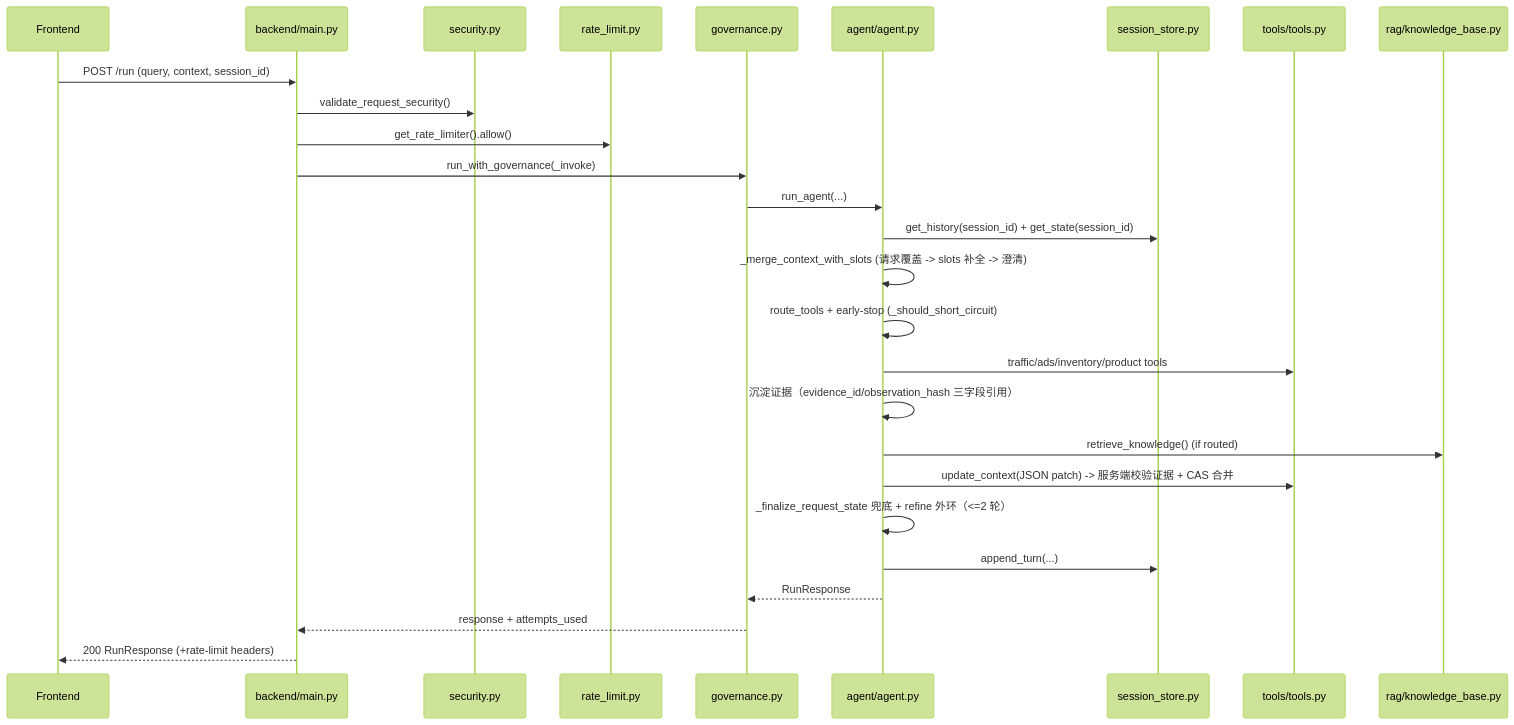
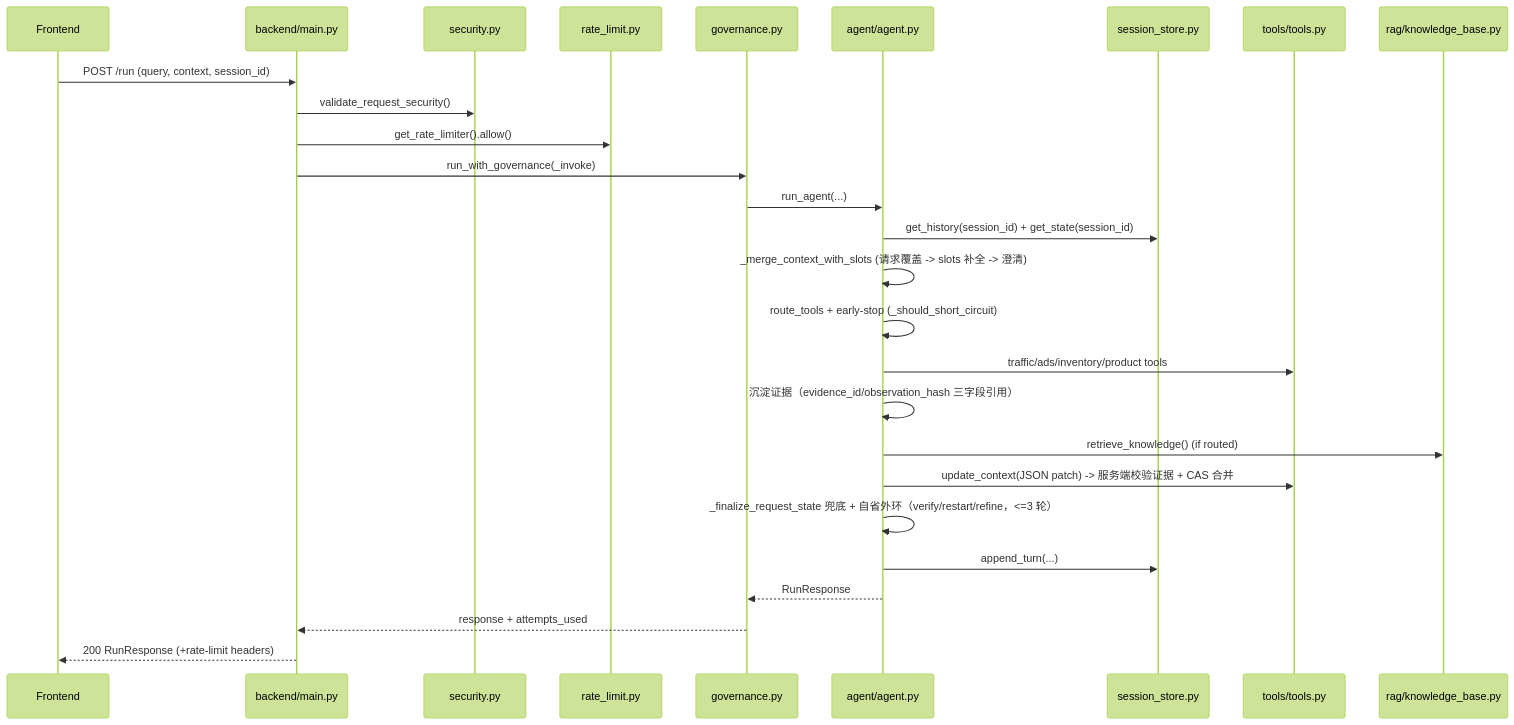
The first of 3 diagrams in ARCHITECTURE.md (Hansehanhanhan/code1), drawn with Mermaid (forest theme) before and after one commit. The commit also changed other lines of this file and 16 other files, not shown here.

First line of the commit message:
feat(agent): 实现 Agent 自省外环 verify/restart 决策修订

````diff
--- a/ARCHITECTURE.md
+++ b/ARCHITECTURE.md
@@ -143,30 +143,30 @@
 ```mermaid
 sequenceDiagram
     participant FE as Frontend
     participant API as backend/main.py
     participant SEC as security.py
     participant RL as rate_limit.py
     participant GOV as governance.py
     participant AG as agent/agent.py
     participant SS as session_store.py
     participant TO as tools/tools.py
     participant RAG as rag/knowledge_base.py
 
     FE->>API: POST /run (query, context, session_id)
     API->>SEC: validate_request_security()
     API->>RL: get_rate_limiter().allow()
     API->>GOV: run_with_governance(_invoke)
     GOV->>AG: run_agent(...)
     AG->>SS: get_history(session_id) + get_state(session_id)
     AG->>AG: _merge_context_with_slots (请求覆盖 -> slots 补全 -> 澄清)
     AG->>AG: route_tools + early-stop (_should_short_circuit)
     AG->>TO: traffic/ads/inventory/product tools
     AG->>AG: 沉淀证据（evidence_id/observation_hash 三字段引用）
     AG->>RAG: retrieve_knowledge() (if routed)
     AG->>TO: update_context(JSON patch) -> 服务端校验证据 + CAS 合并
-    AG->>AG: _finalize_request_state 兜底 + refine 外环（<=2 轮）
+    AG->>AG: _finalize_request_state 兜底 + 自省外环（verify/restart/refine，<=3 轮）
     AG->>SS: append_turn(...)
     AG-->>GOV: RunResponse
     GOV-->>API: response + attempts_used
     API-->>FE: 200 RunResponse (+rate-limit headers)
 ```
````
